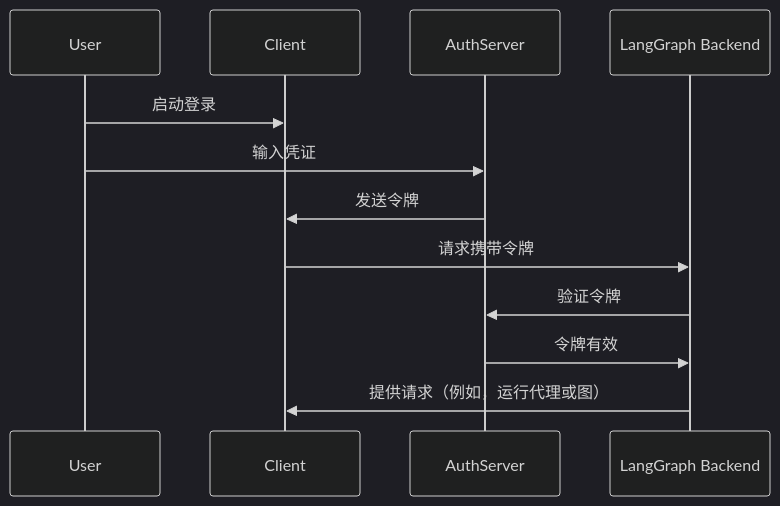
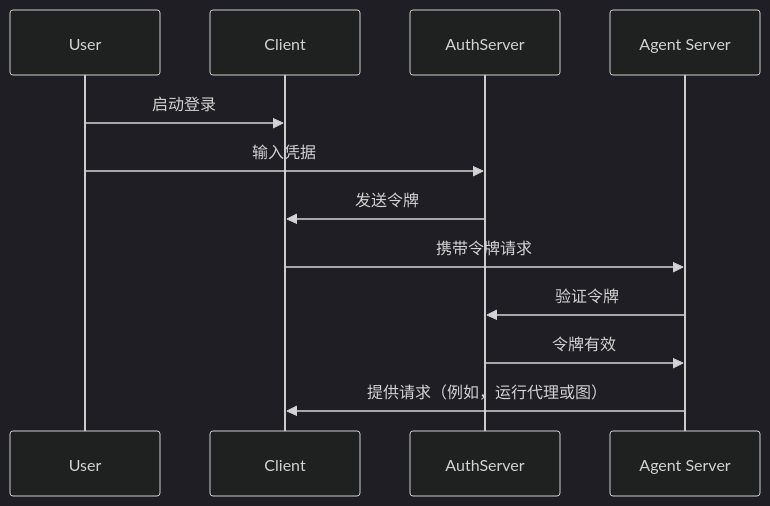
The diagram in src/langsmith/add-auth-server.mdx (ikun-love/langchain-docs), drawn with Mermaid (dark theme) before and after one commit. The commit also changed other lines of this file and 261 other files, not shown here.

````diff
--- a/src/langsmith/add-auth-server.mdx
+++ b/src/langsmith/add-auth-server.mdx
@@ -23,15 +23,15 @@
 ```mermaid
 sequenceDiagram
     participant User
     participant Client
     participant AuthServer
-    participant LangGraph Backend
+    participant Agent Server
 
     User->>Client: 启动登录
-    User->>AuthServer: 输入凭证
+    User->>AuthServer: 输入凭据
     AuthServer->>Client: 发送令牌
-    Client->>LangGraph Backend: 请求携带令牌
-    LangGraph Backend->>AuthServer: 验证令牌
-    AuthServer->>LangGraph Backend: 令牌有效
-    LangGraph Backend->>Client: 提供请求（例如，运行代理或图）
+    Client->>Agent Server: 携带令牌请求
+    Agent Server->>AuthServer: 验证令牌
+    AuthServer->>Agent Server: 令牌有效
+    Agent Server->>Client: 提供请求（例如，运行代理或图）
 ```
````
